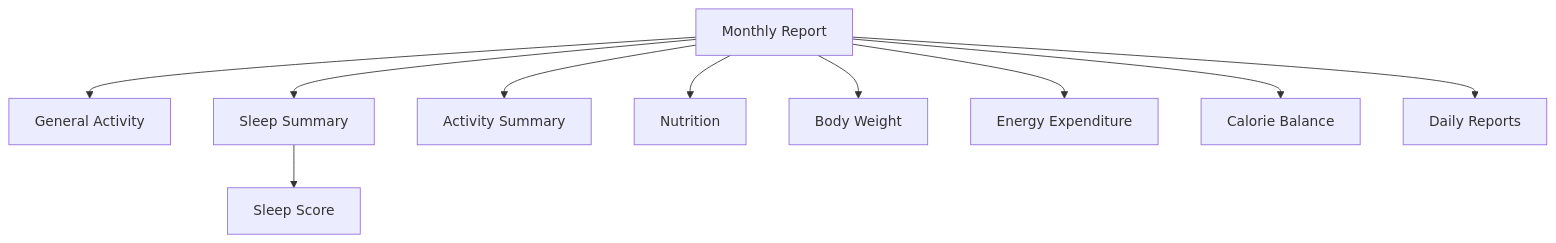
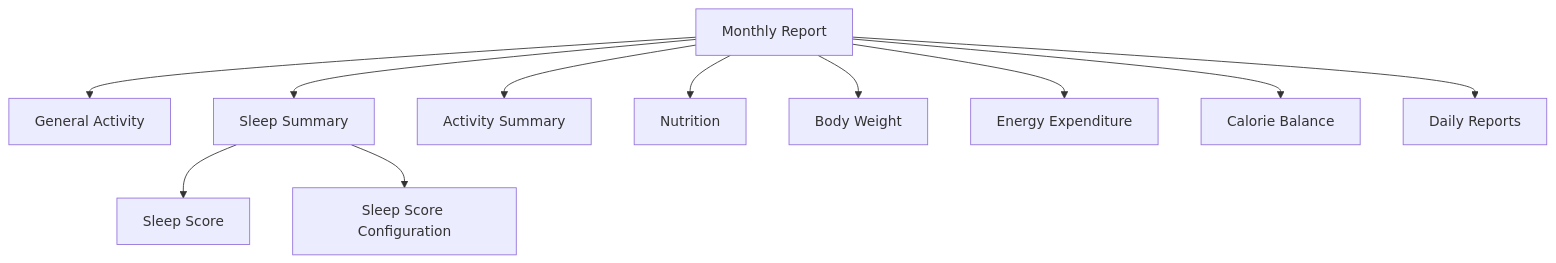
The third of 4 diagrams in README.md (MateuszMocarski/AppleHealthMonitorAnalyzer), drawn with Mermaid before and after one commit. The commit also changed other lines of this file and 1 other file, not shown here.

Commit message:
docs: document sleep configuration in report output

````diff
--- a/README.md
+++ b/README.md
@@ -455,25 +456,27 @@
 ```mermaid
 flowchart TD
 
     A["Monthly Report"]
     B["General Activity"]
     C["Sleep Summary"]
     D["Activity Summary"]
     E["Nutrition"]
     F["Body Weight"]
     G["Energy Expenditure"]
     H["Calorie Balance"]
     I["Daily Reports"]
 
     CS["Sleep Score"]
+    CC["Sleep Score Configuration"]
 
     A --> B
     A --> C
     C --> CS
+    C --> CC
     A --> D
     A --> E
     A --> F
     A --> G
     A --> H
     A --> I
 ```
````
